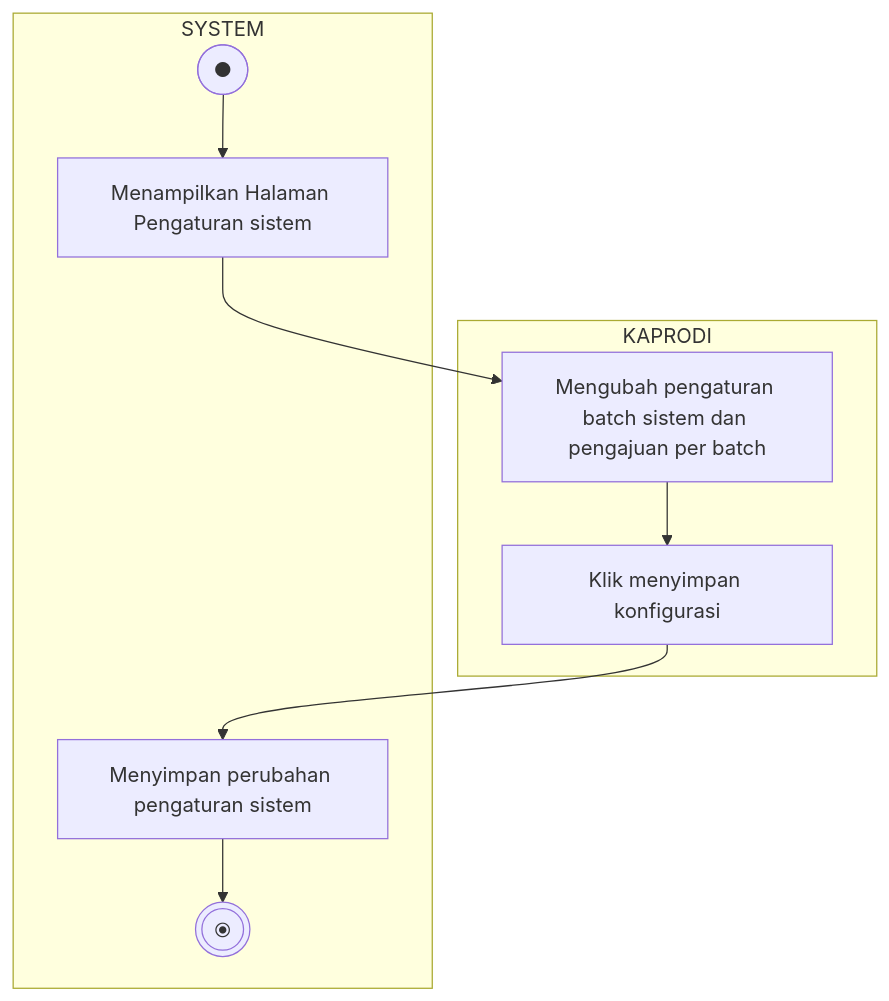
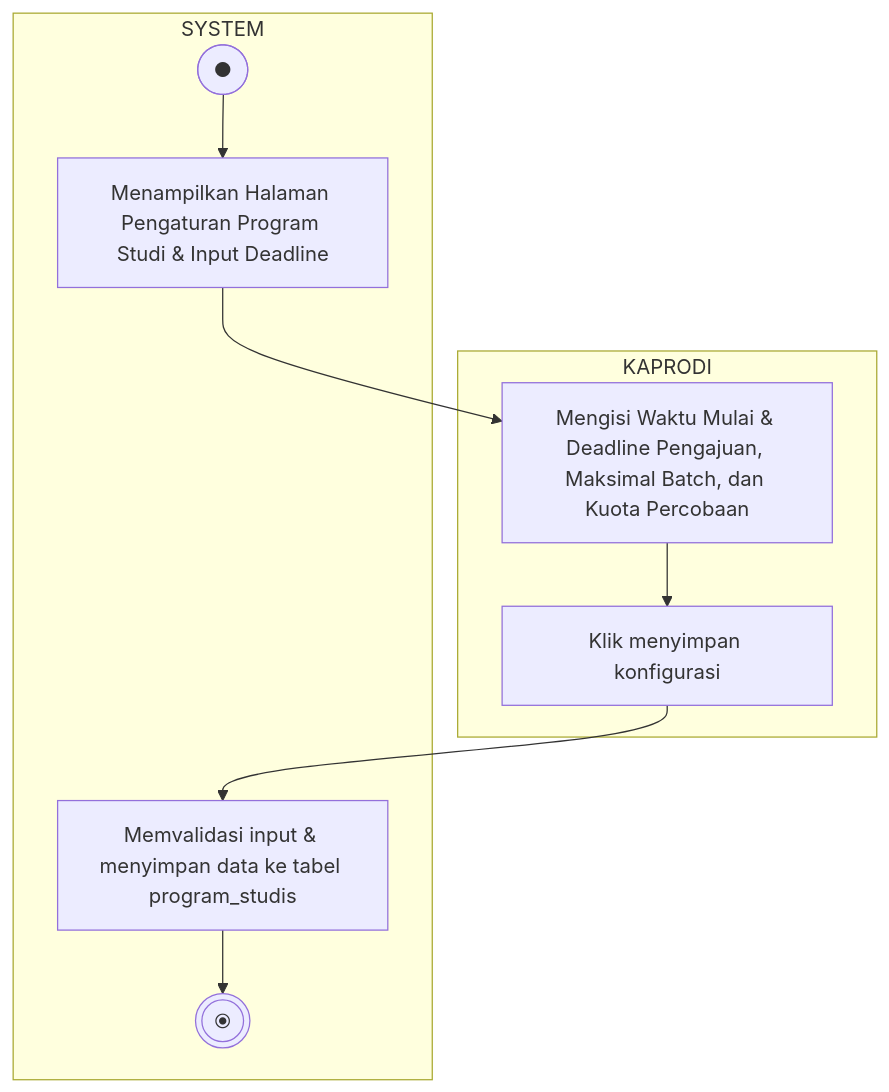
One commit to Duandi04/ta_submission changed the diagram in docs/uml/Activity Diagram/Kaprodi/activity_diagram_pengaturan_ta.md. Above: the diagram before and after it, drawn with Mermaid. The commit also changed other lines of this file and 28 other files, not shown here.

Commit message:
refactor: implement program study settings and update UML documentation for Kaprodi configuration

````diff
--- a/docs/uml/Activity Diagram/Kaprodi/activity_diagram_pengaturan_ta.md
+++ b/docs/uml/Activity Diagram/Kaprodi/activity_diagram_pengaturan_ta.md
@@ -5,16 +5,16 @@
 ```mermaid
 flowchart TD
     subgraph KAPRODI [KAPRODI]
-        L2["Mengubah pengaturan batch sistem dan pengajuan per batch"]
+        L2["Mengisi Waktu Mulai & Deadline Pengajuan, Maksimal Batch, dan Kuota Percobaan"]
         L3["Klik menyimpan konfigurasi"]
     end
 
     subgraph SYSTEM [SYSTEM]
-        Start([●]) --> L1["Menampilkan Halaman Pengaturan sistem"]
-        L4["Menyimpan perubahan pengaturan sistem"] --> End(((⦿)))
+        Start([●]) --> L1["Menampilkan Halaman Pengaturan Program Studi & Input Deadline"]
+        L4["Memvalidasi input & menyimpan data ke tabel program_studis"] --> End(((⦿)))
     end
 
     L1 --> L2
     L2 --> L3
     L3 --> L4
 ```
````
